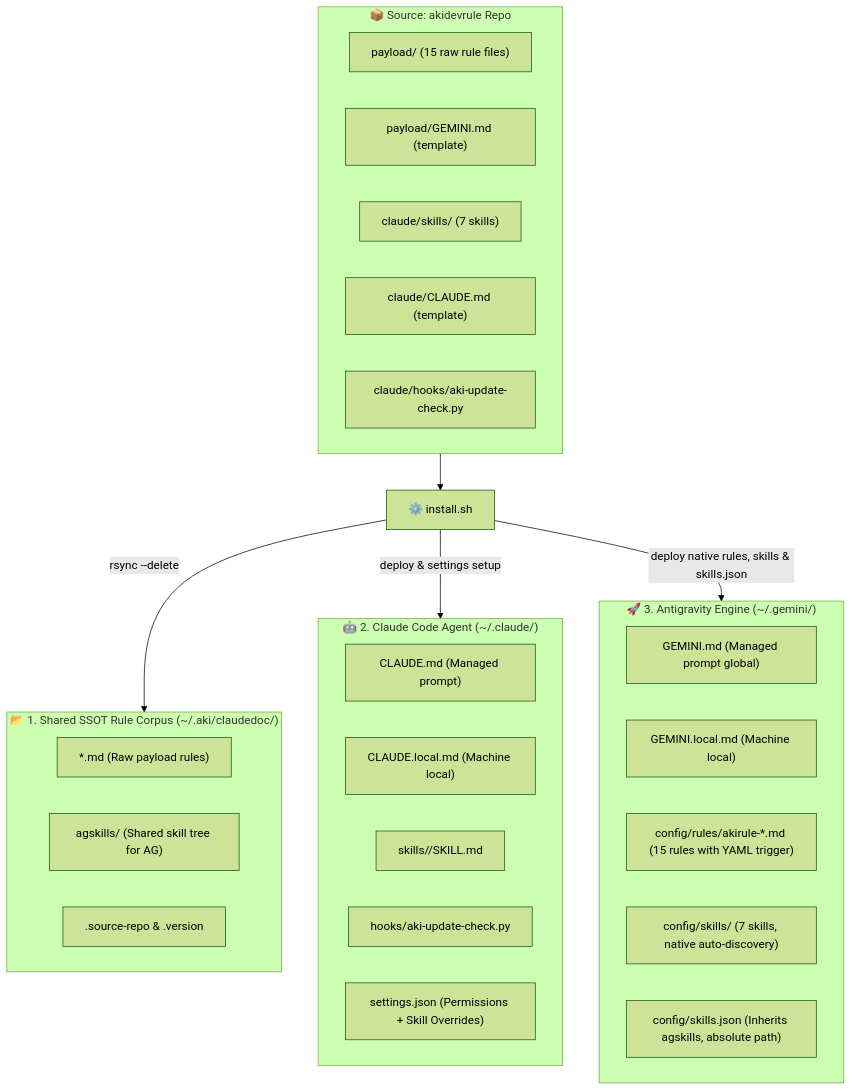
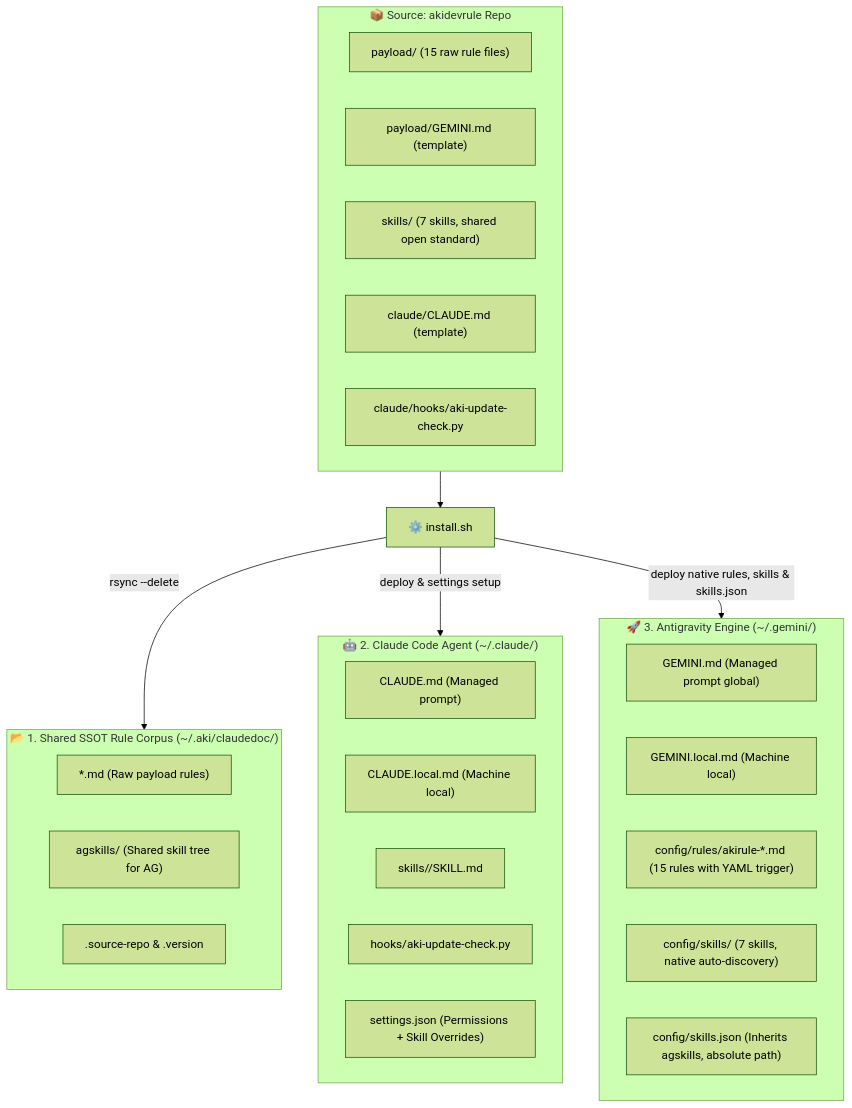
Before and after one commit to QuachGia1994/akidevrule: the diagram in README.md, drawn with Mermaid (forest theme). The commit also changed other lines of this file and 17 other files, not shown here.

First line of the commit message:
refactor(repo): move claude/skills/ to top-level skills/

````diff
--- a/README.md
+++ b/README.md
@@ -102,42 +105,42 @@
 ```mermaid
 flowchart TD
     subgraph SRC["📦 Source: akidevrule Repo"]
         PAYLOAD["payload/ (15 raw rule files)"]
         PGEMINI["payload/GEMINI.md (template)"]
-        CSKILLS["claude/skills/ (7 skills)"]
+        CSKILLS["skills/ (7 skills, shared open standard)"]
         CCLAUDE["claude/CLAUDE.md (template)"]
         CHOOKS["claude/hooks/aki-update-check.py"]
     end
 
     INSTALL["⚙️ install.sh"]
     SRC --> INSTALL
 
     %% TARGET 1: ~/.aki/claudedoc/
     subgraph T1["📂 1. Shared SSOT Rule Corpus (~/.aki/claudedoc/)"]
         R_CORPUS["*.md (Raw payload rules)"]
         R_AGSKILLS["agskills/ (Shared skill tree for AG)"]
         R_META[".source-repo & .version"]
     end
 
     %% TARGET 2: ~/.claude/
     subgraph T2["🤖 2. Claude Code Agent (~/.claude/)"]
         C_MD["CLAUDE.md (Managed prompt)"]
         C_LOCAL["CLAUDE.local.md (Machine local)"]
         C_SKILLS["skills/<skill_name>/SKILL.md"]
         C_HOOKS["hooks/aki-update-check.py"]
         C_SET["settings.json (Permissions + Skill Overrides)"]
     end
 
     %% TARGET 3: ~/.gemini/
     subgraph T3["🚀 3. Antigravity Engine (~/.gemini/)"]
         G_MD["GEMINI.md (Managed prompt global)"]
         G_LOCAL["GEMINI.local.md (Machine local)"]
         G_RULES["config/rules/akirule-*.md (15 rules with YAML trigger)"]
         G_SKILLS["config/skills/ (7 skills, native auto-discovery)"]
         G_SJSON["config/skills.json (Inherits agskills, absolute path)"]
     end
 
     INSTALL -->|"rsync --delete"| T1
     INSTALL -->|"deploy & settings setup"| T2
     INSTALL -->|"deploy native rules, skills & skills.json"| T3
 ```
````
